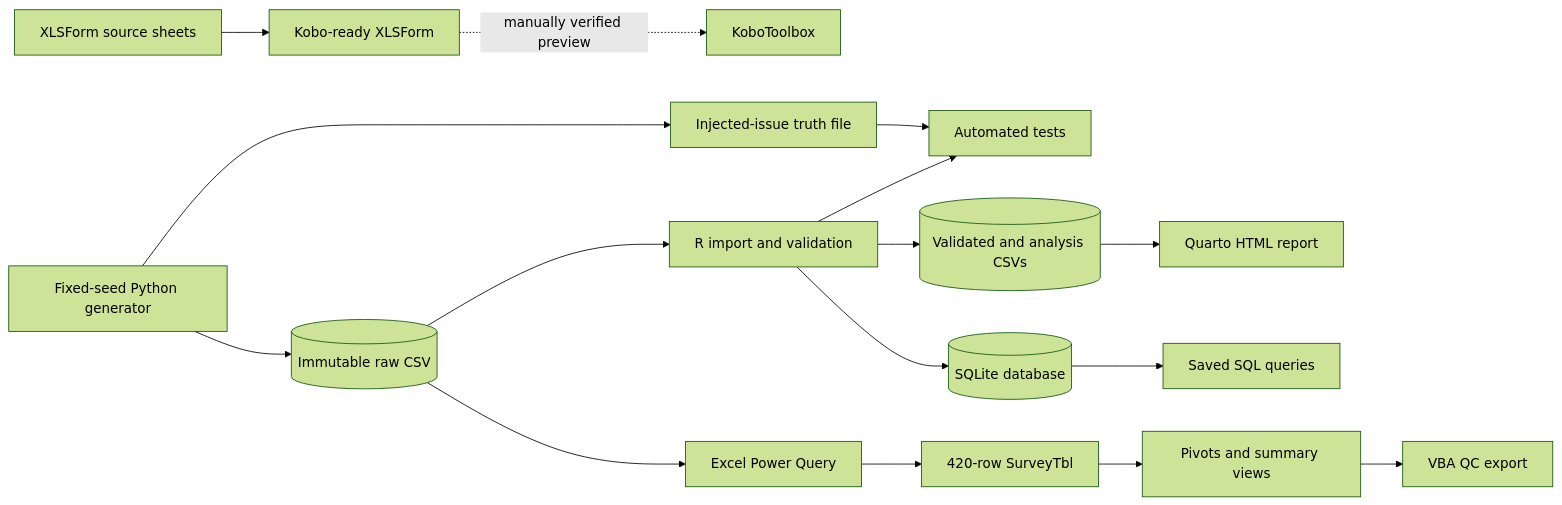
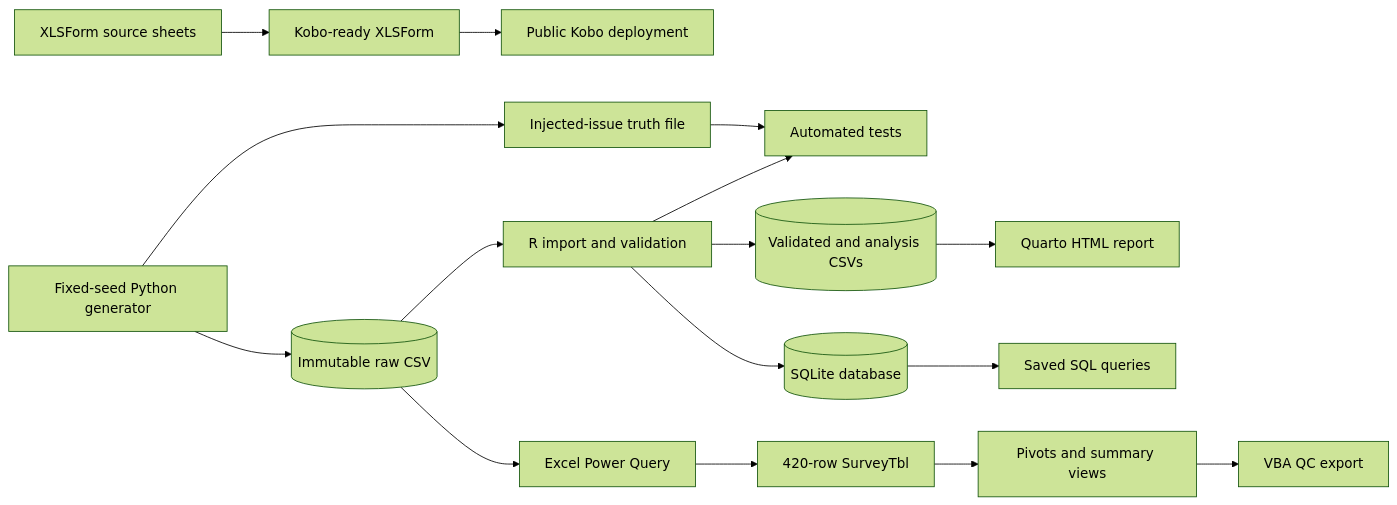
One commit to MadniAbdulWahab/impact-survey-data-quality-toolkit changed the diagram in README.md. Above: the diagram before and after it, drawn with Mermaid (forest theme). The commit also changed other lines of this file and 3 other files, not shown here.

Commit message:
Add the public Kobo form link

````diff
--- a/README.md
+++ b/README.md
@@ -60,21 +61,21 @@
 ```mermaid
 flowchart LR
     A[XLSForm source sheets] --> B[Kobo-ready XLSForm]
-    B -. manually verified preview .-> C[KoboToolbox]
+    B --> C[Public Kobo deployment]
 
     D[Fixed-seed Python generator] --> E[(Immutable raw CSV)]
     D --> F[Injected-issue truth file]
 
     E --> G[R import and validation]
     F --> H[Automated tests]
     G --> H
     G --> I[(Validated and analysis CSVs)]
     G --> J[(SQLite database)]
     I --> K[Quarto HTML report]
     J --> L[Saved SQL queries]
 
     E --> M[Excel Power Query]
     M --> N[420-row SurveyTbl]
     N --> O[Pivots and summary views]
     O --> P[VBA QC export]
 ```
````
